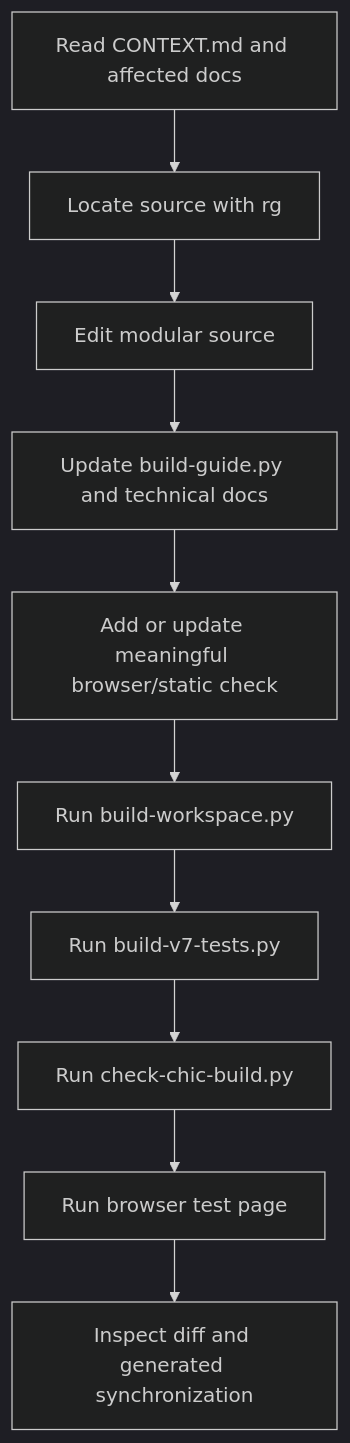
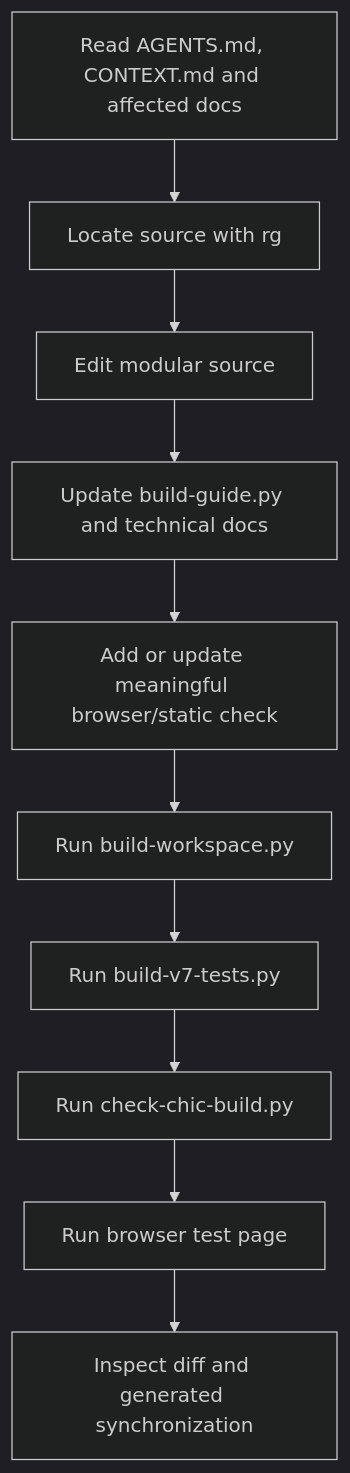
One commit to n3me5is-git/chicCanva changed the diagram in docs/DEVELOPMENT_WORKFLOW.md. Above: the diagram before and after it, drawn with Mermaid (dark theme). The commit also changed other lines of this file and 42 other files, not shown here.

````diff
--- a/docs/DEVELOPMENT_WORKFLOW.md
+++ b/docs/DEVELOPMENT_WORKFLOW.md
@@ -44,12 +46,12 @@
 ```mermaid
 flowchart TD
-    A[Read CONTEXT.md and affected docs] --> B[Locate source with rg]
+    A[Read AGENTS.md, CONTEXT.md and affected docs] --> B[Locate source with rg]
     B --> C[Edit modular source]
     C --> D[Update build-guide.py and technical docs]
     D --> E[Add or update meaningful browser/static check]
     E --> F[Run build-workspace.py]
     F --> G[Run build-v7-tests.py]
     G --> H[Run check-chic-build.py]
     H --> I[Run browser test page]
     I --> J[Inspect diff and generated synchronization]
 ```
````
